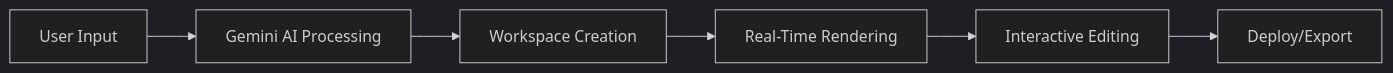
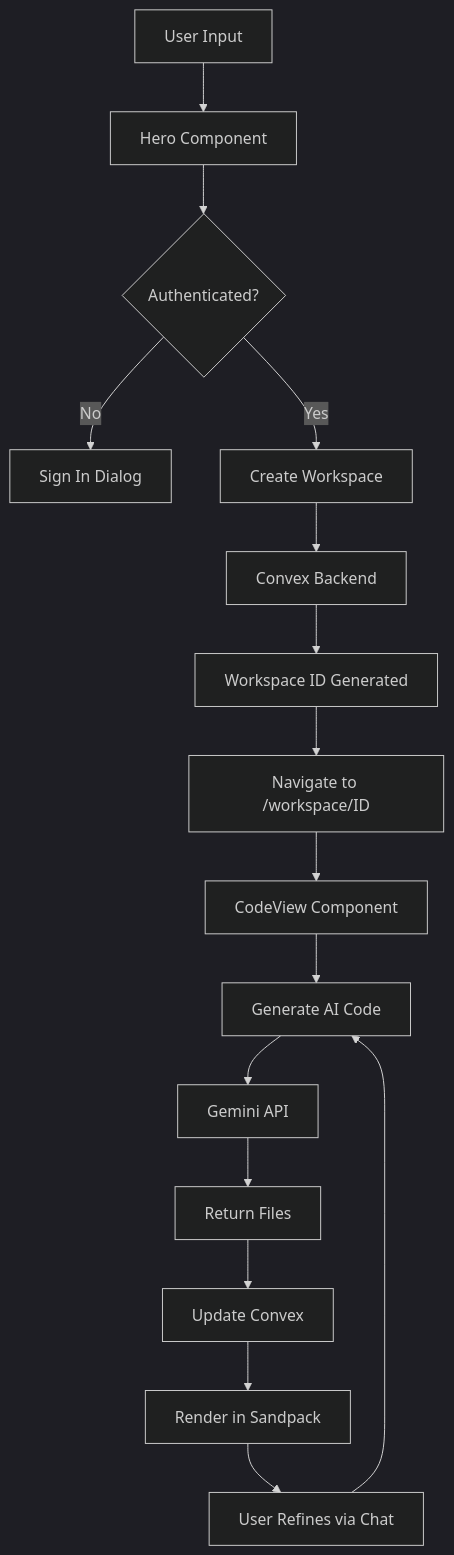
Before and after one commit to priyyannshhu/astra-ai: the diagram in README.md, drawn with Mermaid (dark theme). The commit also changed other lines of this file, not shown here.

````diff
--- a/README.md
+++ b/README.md
@@ -30,8 +293,18 @@
 ```mermaid
-graph LR
-    A[User Input] --> B[Gemini AI Processing]
-    B --> C[Workspace Creation]
-    C --> D[Real-Time Rendering]
-    D --> E[Interactive Editing]
-    E --> F[Deploy/Export]
+graph TB
+    A[User Input] --> B[Hero Component]
+    B --> C{Authenticated?}
+    C -->|No| D[Sign In Dialog]
+    C -->|Yes| E[Create Workspace]
+    E --> F[Convex Backend]
+    F --> G[Workspace ID Generated]
+    G --> H[Navigate to /workspace/ID]
+    H --> I[CodeView Component]
+    I --> J[Generate AI Code]
+    J --> K[Gemini API]
+    K --> L[Return Files]
+    L --> M[Update Convex]
+    M --> N[Render in Sandpack]
+    N --> O[User Refines via Chat]
+    O --> J
 ```
````
